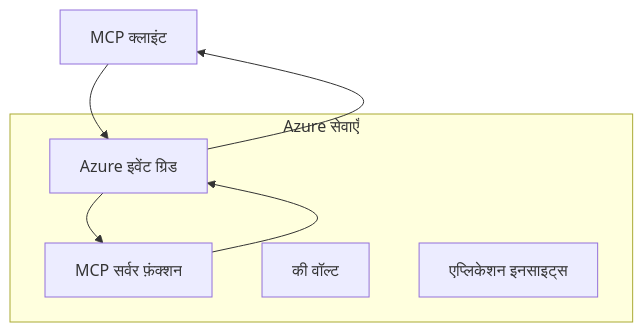
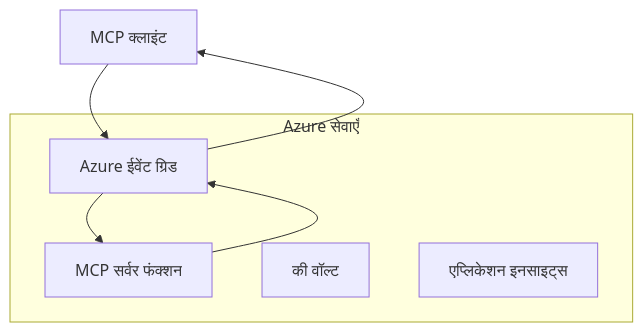
One commit to HIDORAKAI002/ai-workspace-archive changed the first of 2 diagrams in mcp_ecosystem__model_context_protocol/mcp_learning_resources/mcp-for-beginners/translations/hi/05-AdvancedTopics/mcp-transport/README.md. Above: the diagram before and after it, drawn with Mermaid. The commit also changed other lines of this file and 1046 other files, not shown here.

````diff
--- a/mcp_ecosystem__model_context_protocol/mcp_learning_resources/mcp-for-beginners/translations/hi/05-AdvancedTopics/mcp-transport/README.md
+++ b/mcp_ecosystem__model_context_protocol/mcp_learning_resources/mcp-for-beginners/translations/hi/05-AdvancedTopics/mcp-transport/README.md
@@ -58,14 +60,14 @@
 ```mermaid
 graph TB
-    Client[MCP क्लाइंट] --> EG[Azure इवेंट ग्रिड]
-    EG --> Server[MCP सर्वर फ़ंक्शन]
+    Client[MCP क्लाइंट] --> EG[Azure ईवेंट ग्रिड]
+    EG --> Server[MCP सर्वर फंक्शन]
     Server --> EG
     EG --> Client
     
     subgraph "Azure सेवाएँ"
         EG
         Server
         KV[की वॉल्ट]
         Monitor[एप्लिकेशन इनसाइट्स]
     end
 ```
````
